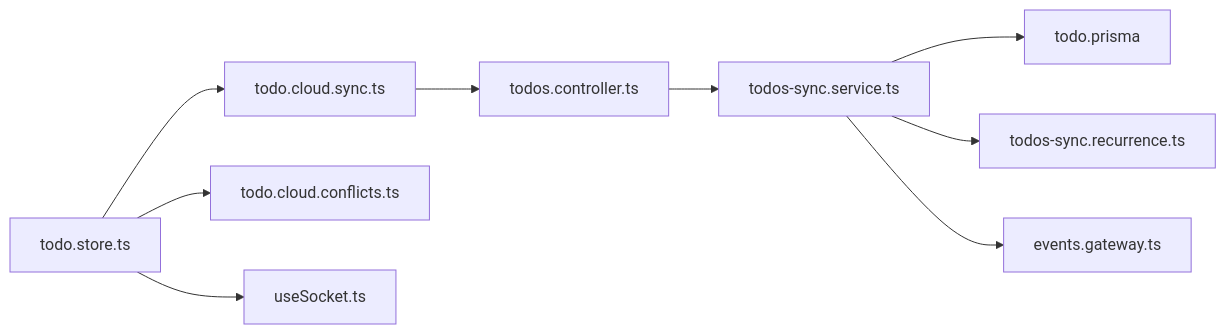
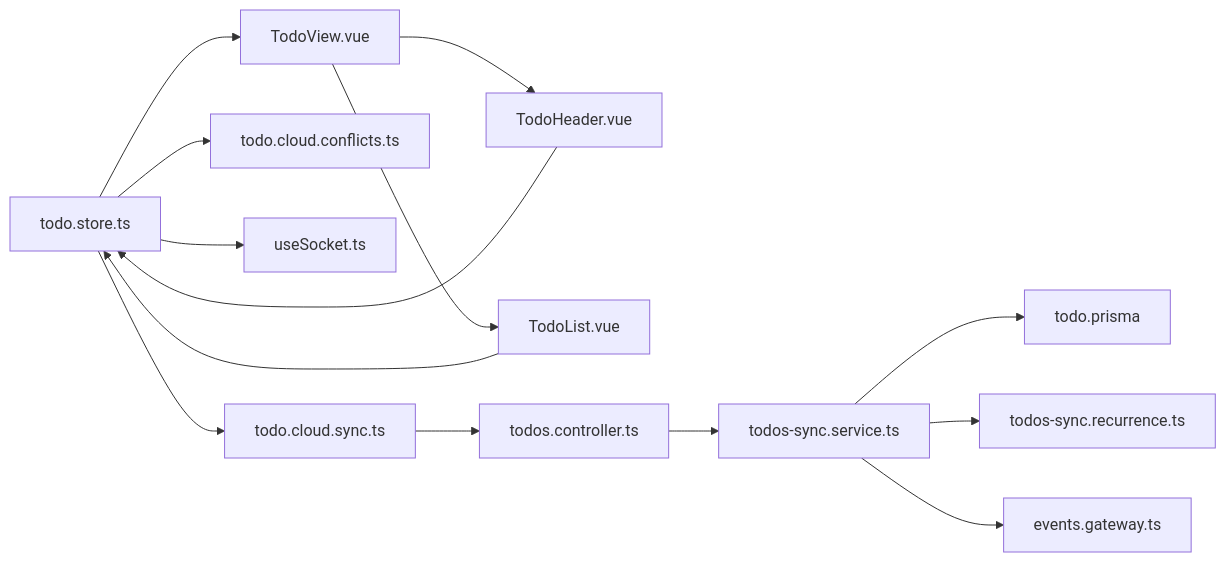
Before and after one commit to xixixiaoyu/Todo: the tenth of 10 diagrams in .qoder/repowiki/zh/content/核心模块/任务管理系统/任务管理系统.md, drawn with Mermaid. The commit also changed other lines of this file and 5 other files, not shown here.

````diff
--- a/.qoder/repowiki/zh/content/核心模块/任务管理系统/任务管理系统.md
+++ b/.qoder/repowiki/zh/content/核心模块/任务管理系统/任务管理系统.md
@@ -372,11 +501,16 @@
 ```mermaid
 graph LR
 FE_Store["todo.store.ts"] --> FE_Sync["todo.cloud.sync.ts"]
 FE_Store --> FE_Conf["todo.cloud.conflicts.ts"]
 FE_Store --> FE_Socket["useSocket.ts"]
+FE_Store --> FE_View["TodoView.vue"]
+FE_View --> FE_Header["TodoHeader.vue"]
+FE_View --> FE_List["TodoList.vue"]
+FE_Header --> FE_Store
+FE_List --> FE_Store
 FE_Sync --> BE_Controller["todos.controller.ts"]
 BE_Controller --> BE_Sync["todos-sync.service.ts"]
 BE_Sync --> BE_DB["todo.prisma"]
 BE_Sync --> BE_Rec["todos-sync.recurrence.ts"]
 BE_Sync --> BE_WS["events.gateway.ts"]
 ```
````
